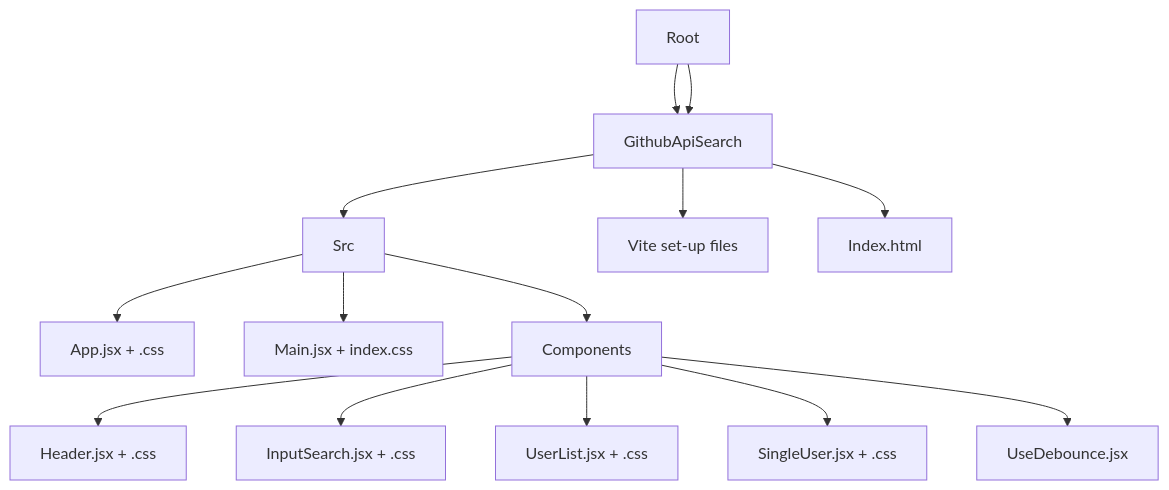
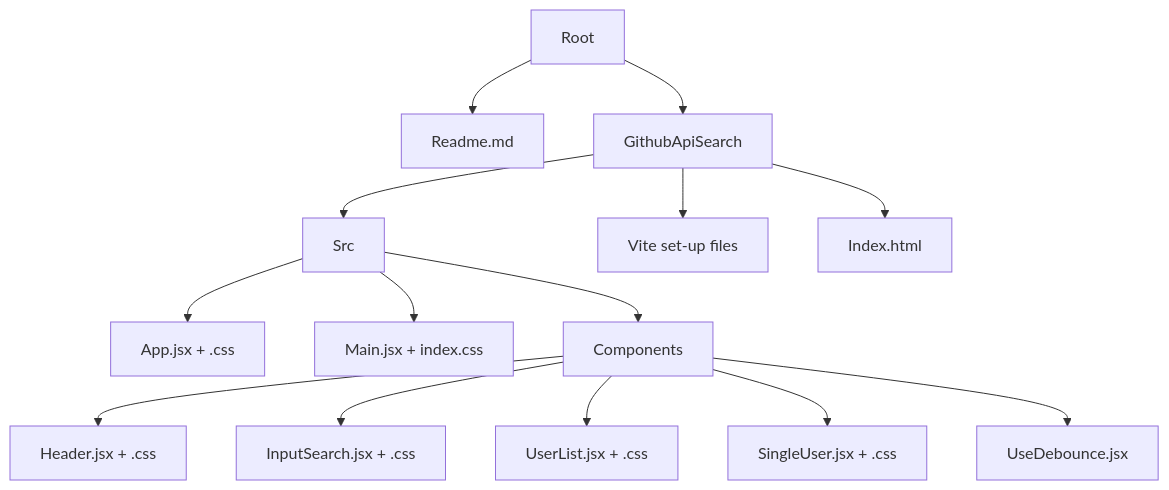
The diagram in README.md (jyeri/TrainEffective_JR_vercel), drawn with Mermaid before and after one commit.

Commit message:
mermaid chart

````diff
--- a/README.md
+++ b/README.md
@@ -111,17 +111,17 @@
 ```mermaid
 flowchart TD;
     A[Root]
-    A --> B[Readme.md];
+    A --> N[Readme.md];
     A --> B[GithubApiSearch];
     B --> C[Src];
     B --> D[Vite set-up files];
     B --> E[Index.html];
     C --> F[App.jsx + .css];
     C --> G[Main.jsx + index.css];
     C --> H[Components];
     H --> I[Header.jsx + .css]
     H --> J[InputSearch.jsx + .css]
     H --> K[UserList.jsx + .css]
     H --> L[SingleUser.jsx + .css]
     H --> M[UseDebounce.jsx]
 ```
````
